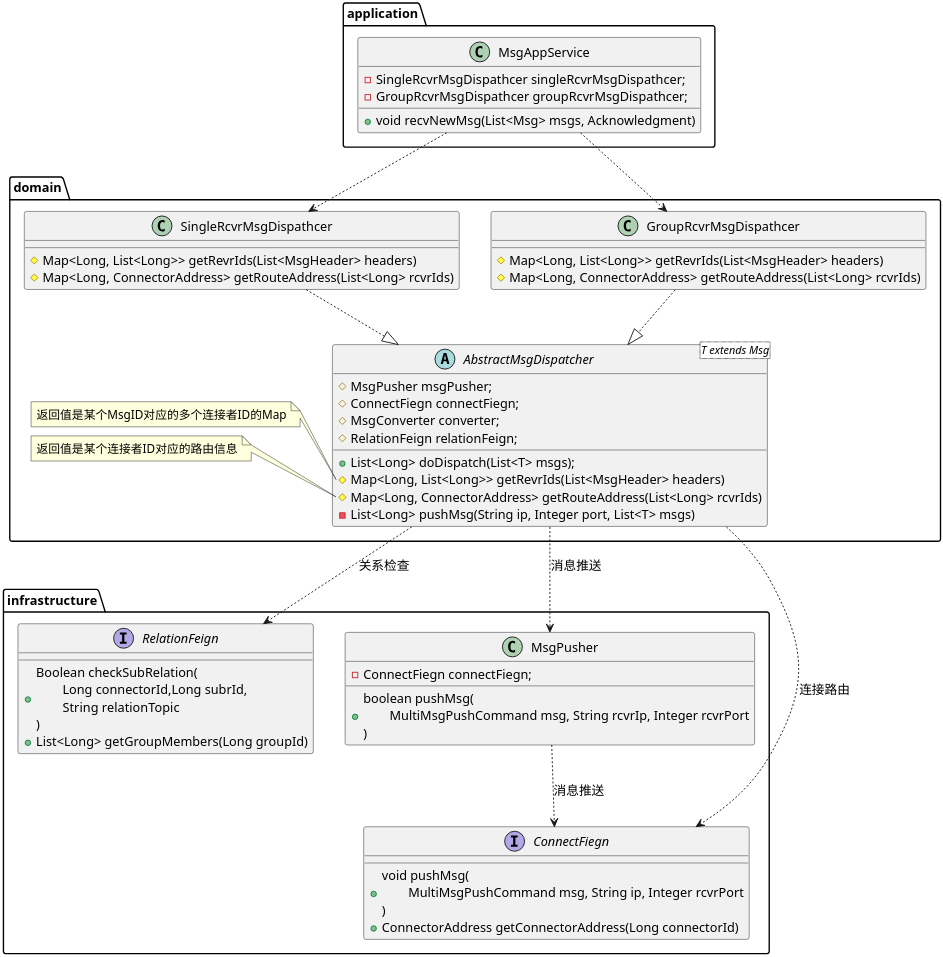
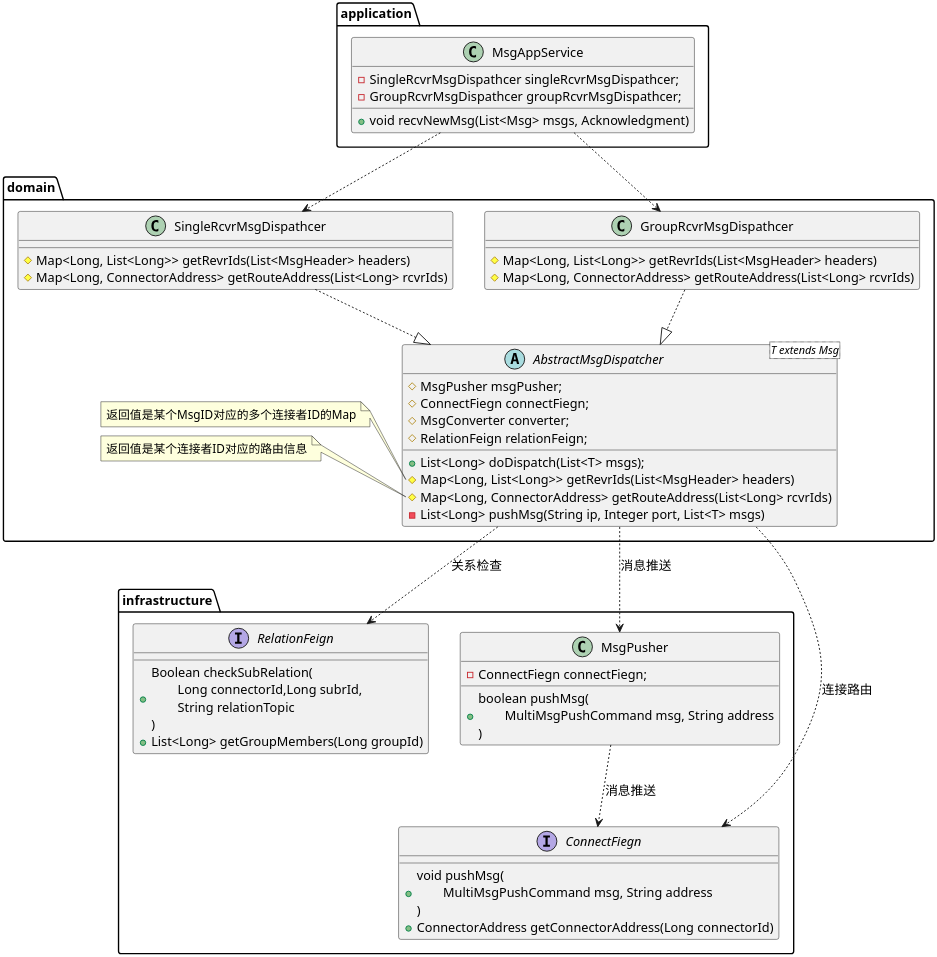
One commit to Etherealss/MessagePusher changed the diagram in uml/msg-manager/消息推送.puml. Above: the diagram before and after it, drawn with PlantUML. The commit also changed 1 other file, not shown here.

Commit message:
feature: uml

```diff
--- a/uml/msg-manager/消息推送.puml
+++ b/uml/msg-manager/消息推送.puml
@@ -1,78 +1,78 @@
 @startuml
 'https://plantuml.com/sequence-diagram
 skinparam shadowing false
 skinparam defaultFontName xfonts-wqy
 skinparam dpi 300
 skinparam activity  {
     DiamondFontSize 14
     ArrowFontSize 14
     FontSize 14
 }
 package application {
     class MsgAppService {
         - SingleRcvrMsgDispathcer singleRcvrMsgDispathcer;
         - GroupRcvrMsgDispathcer groupRcvrMsgDispathcer;
         + void recvNewMsg(List<Msg> msgs, Acknowledgment)
     }
 }
 
 package domain {
     abstract class AbstractMsgDispatcher<T extends Msg> {
         # MsgPusher msgPusher;
         # ConnectFiegn connectFiegn;
         # MsgConverter converter;
         # RelationFeign relationFeign;
         + List<Long> doDispatch(List<T> msgs);
         # Map<Long, List<Long>> getRevrIds(List<MsgHeader> headers)
         # Map<Long, ConnectorAddress> getRouteAddress(List<Long> rcvrIds)
         - List<Long> pushMsg(String ip, Integer port, List<T> msgs)
     }
     note left of AbstractMsgDispatcher::"getRevrIds(List<MsgHeader> headers)"
         返回值是某个MsgID对应的多个连接者ID的Map
     end note
     note left of AbstractMsgDispatcher::"getRouteAddress(List<Long> rcvrIds)"
         返回值是某个连接者ID对应的路由信息
     end note
 
     class SingleRcvrMsgDispathcer{
         # Map<Long, List<Long>> getRevrIds(List<MsgHeader> headers)
         # Map<Long, ConnectorAddress> getRouteAddress(List<Long> rcvrIds)
     }
 
     class GroupRcvrMsgDispathcer {
         # Map<Long, List<Long>> getRevrIds(List<MsgHeader> headers)
         # Map<Long, ConnectorAddress> getRouteAddress(List<Long> rcvrIds)
     }
 }
 
 package infrastructure {
     interface RelationFeign {
         + Boolean checkSubRelation(\n\tLong connectorId,Long subrId,\n\tString relationTopic\n)
         + List<Long> getGroupMembers(Long groupId)
     }
 
     interface ConnectFiegn {
-        + void pushMsg(\n\tMultiMsgPushCommand msg, String ip, Integer rcvrPort\n)
+        + void pushMsg(\n\tMultiMsgPushCommand msg, String address\n)
         + ConnectorAddress getConnectorAddress(Long connectorId)
     }
 
 
     class MsgPusher {
         - ConnectFiegn connectFiegn;
-        + boolean pushMsg(\n\tMultiMsgPushCommand msg, String rcvrIp, Integer rcvrPort\n)
+        + boolean pushMsg(\n\tMultiMsgPushCommand msg, String address\n)
     }
 }
 
 MsgAppService ..> SingleRcvrMsgDispathcer
 MsgAppService ..> GroupRcvrMsgDispathcer
 
 AbstractMsgDispatcher ..> MsgPusher: 消息推送
 AbstractMsgDispatcher .> RelationFeign: 关系检查
 AbstractMsgDispatcher .> ConnectFiegn: 连接路由
 
 MsgPusher ..> ConnectFiegn: 消息推送
 
 SingleRcvrMsgDispathcer ..|> AbstractMsgDispatcher
 GroupRcvrMsgDispathcer ..|> AbstractMsgDispatcher
 
 @enduml
```
